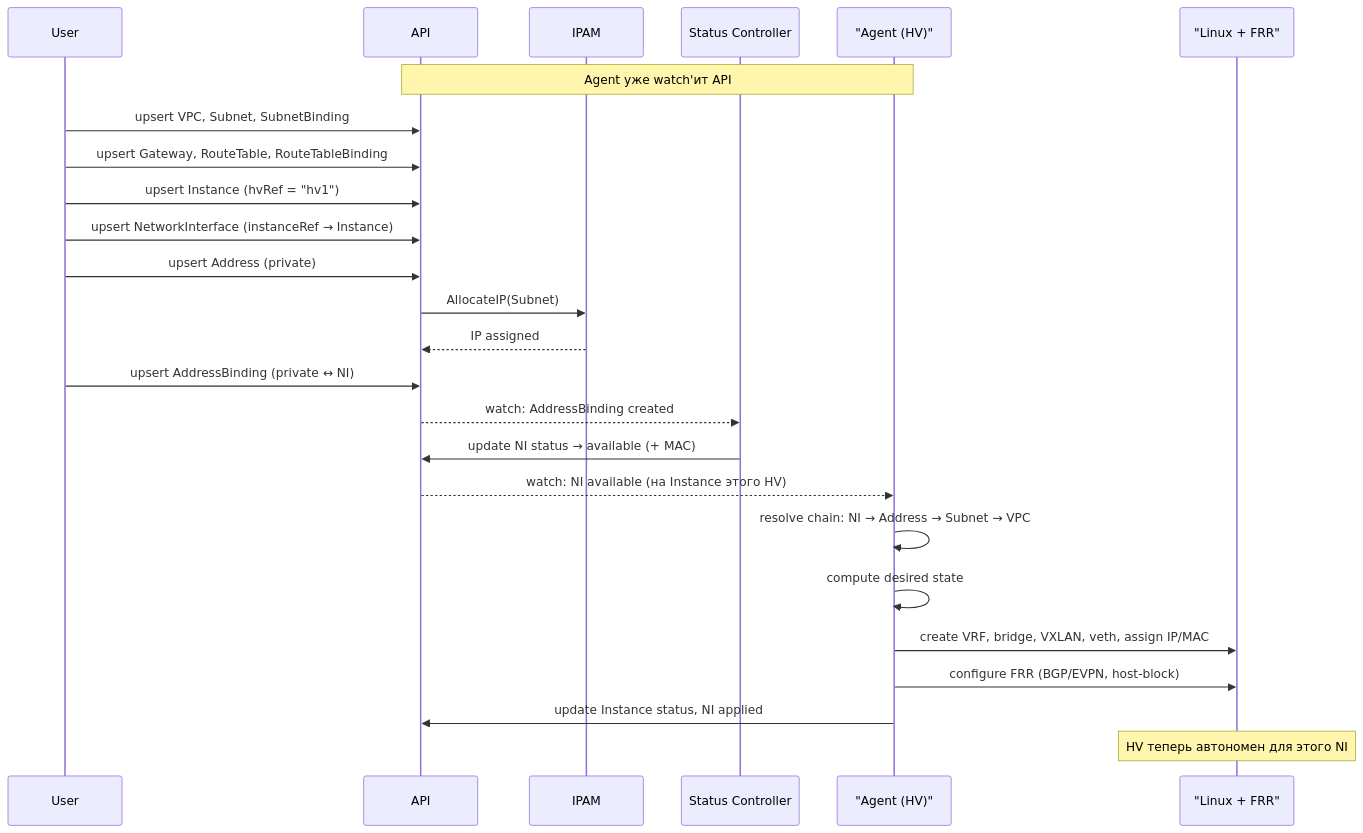
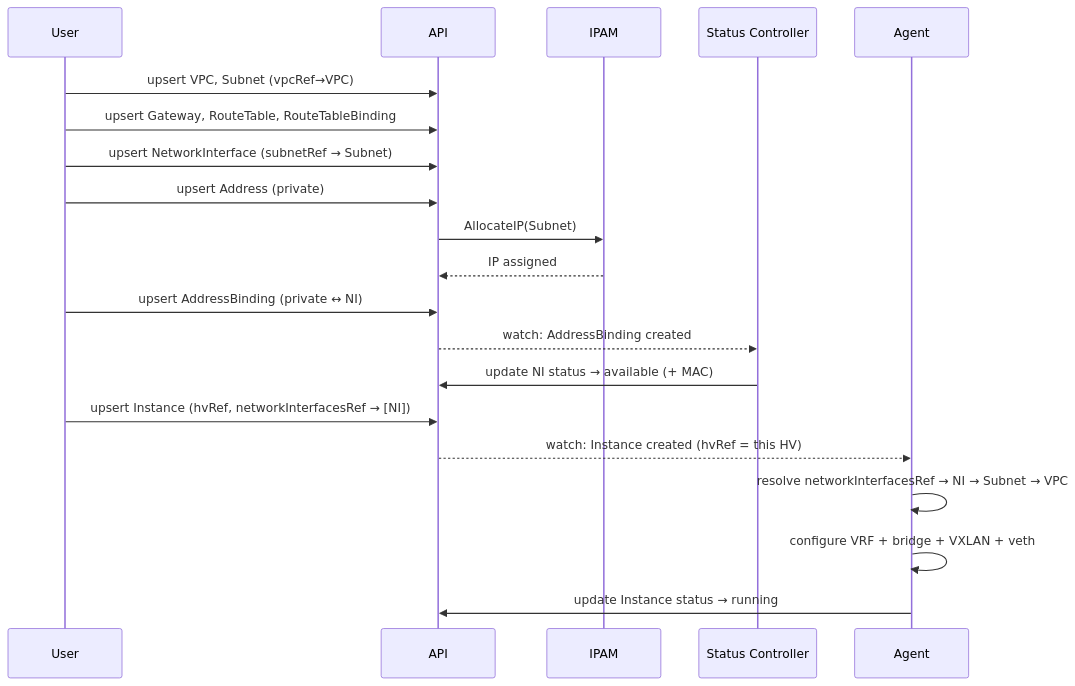
Before and after one commit to PRO-Robotech/in-cloud-vpc: the third of 3 diagrams in README.md, drawn with Mermaid. The commit also changed other lines of this file and 52 other files, not shown here.

````diff
--- a/README.md
+++ b/README.md
@@ -578,31 +576,23 @@
 ```mermaid
 sequenceDiagram
     participant User
     participant API
     participant IPAM
     participant StatusCtrl as Status Controller
-    participant Agent as "Agent (HV)"
-    participant Kernel as "Linux + FRR"
+    participant Agent
 
-    Note over Agent,API: Agent уже watch'ит API
-
-    User->>API: upsert VPC, Subnet, SubnetBinding
+    User->>API: upsert VPC, Subnet (vpcRef→VPC)
     User->>API: upsert Gateway, RouteTable, RouteTableBinding
-    User->>API: upsert Instance (hvRef = "hv1")
-    User->>API: upsert NetworkInterface (instanceRef → Instance)
+    User->>API: upsert NetworkInterface (subnetRef → Subnet)
     User->>API: upsert Address (private)
     API->>IPAM: AllocateIP(Subnet)
     IPAM-->>API: IP assigned
     User->>API: upsert AddressBinding (private ↔ NI)
     API-->>StatusCtrl: watch: AddressBinding created
     StatusCtrl->>API: update NI status → available (+ MAC)
-
-    API-->>Agent: watch: NI available (на Instance этого HV)
-    Agent->>Agent: resolve chain: NI → Address → Subnet → VPC
-    Agent->>Agent: compute desired state
-    Agent->>Kernel: create VRF, bridge, VXLAN, veth, assign IP/MAC
-    Agent->>Kernel: configure FRR (BGP/EVPN, host-block)
-    Agent->>API: update Instance status, NI applied
-
-    Note over Kernel: HV теперь автономен для этого NI
+    User->>API: upsert Instance (hvRef, networkInterfacesRef → [NI])
+    API-->>Agent: watch: Instance created (hvRef = this HV)
+    Agent->>Agent: resolve networkInterfacesRef → NI → Subnet → VPC
+    Agent->>Agent: configure VRF + bridge + VXLAN + veth
+    Agent->>API: update Instance status → running
 ```
````
